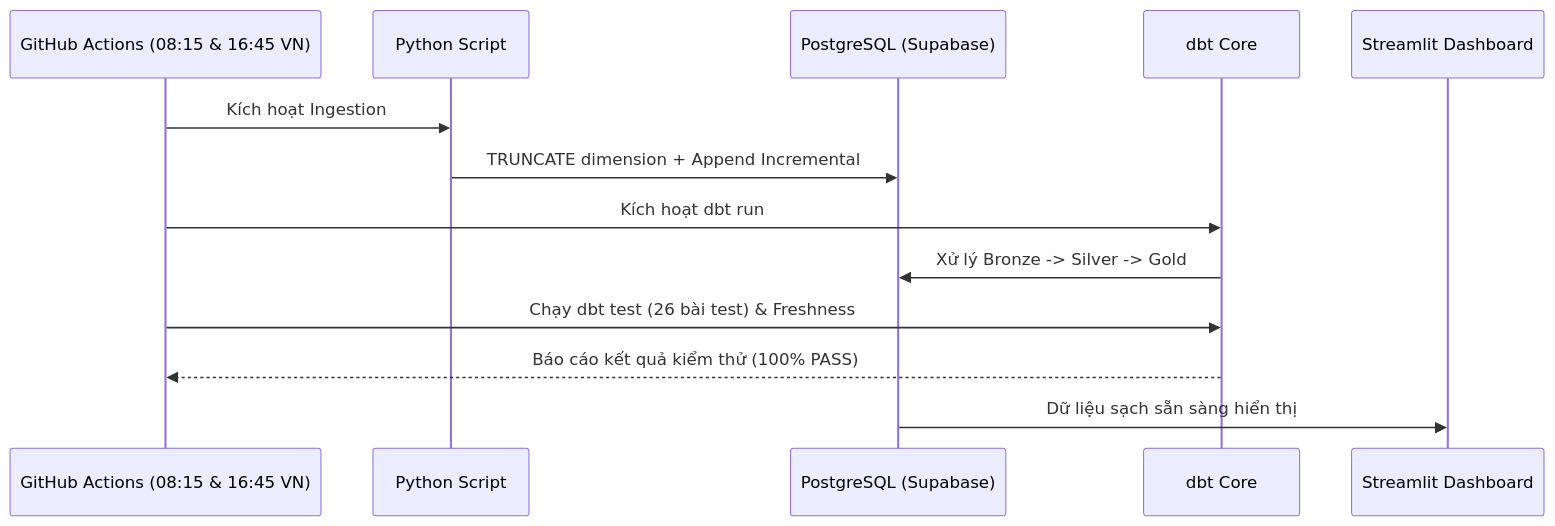
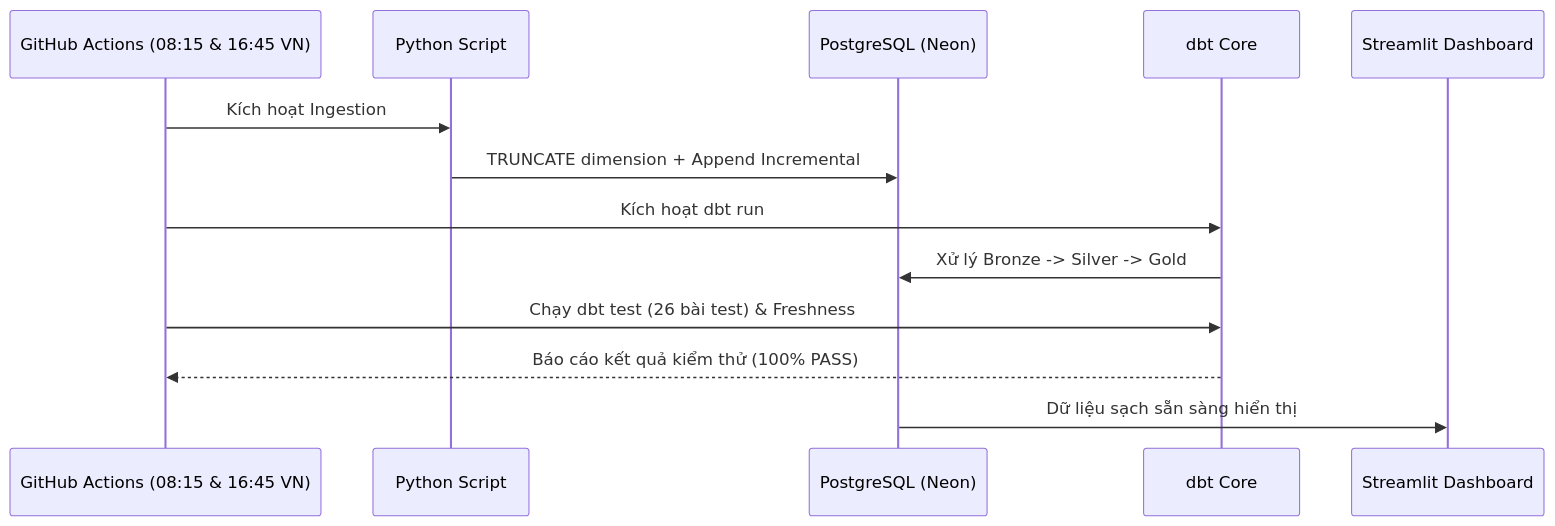
Before and after one commit to PhucTruong11/laplaptech_pipeline: the third of 3 diagrams in SYSTEM_DESIGN_GUIDE.md, drawn with Mermaid. The commit also changed other lines of this file and 3 other files, not shown here.

Commit message:
Change supabase sang neon

````diff
--- a/SYSTEM_DESIGN_GUIDE.md
+++ b/SYSTEM_DESIGN_GUIDE.md
@@ -145,16 +145,16 @@
 ```mermaid
 sequenceDiagram
     participant GH as GitHub Actions (08:15 & 16:45 VN)
     participant Ingestion as Python Script
-    participant Warehouse as PostgreSQL (Supabase)
+    participant Warehouse as PostgreSQL (Neon)
     participant Transform as dbt Core
     participant App as Streamlit Dashboard
 
     GH->>Ingestion: Kích hoạt Ingestion
     Ingestion->>Warehouse: TRUNCATE dimension + Append Incremental
     GH->>Transform: Kích hoạt dbt run
     Transform->>Warehouse: Xử lý Bronze -> Silver -> Gold
     GH->>Transform: Chạy dbt test (26 bài test) & Freshness
     Transform-->>GH: Báo cáo kết quả kiểm thử (100% PASS)
     Warehouse->>App: Dữ liệu sạch sẵn sàng hiển thị
 ```
````
